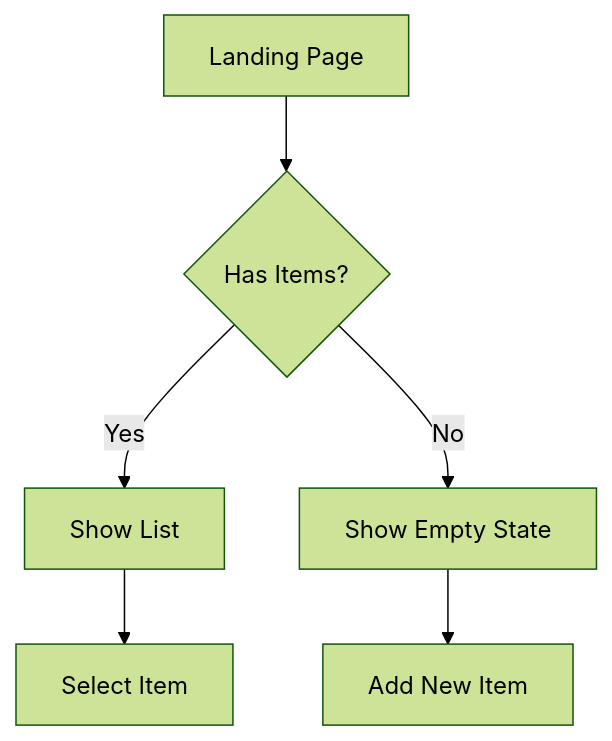
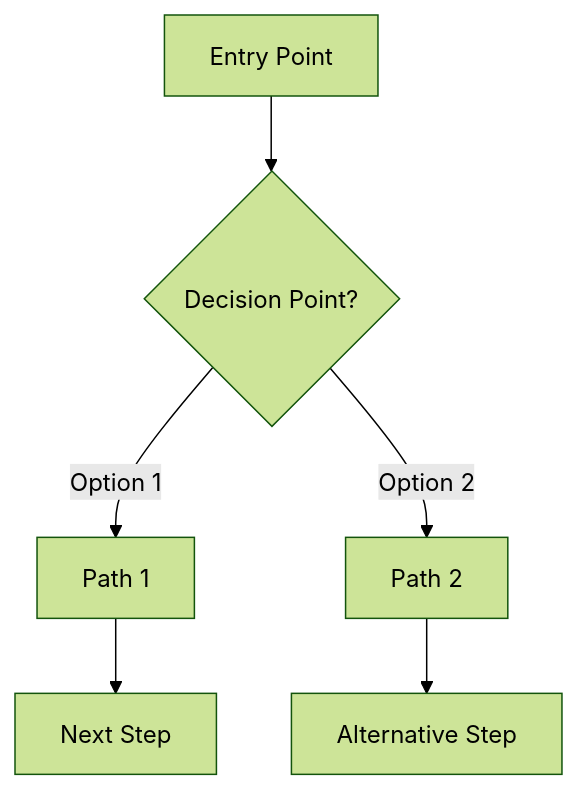
One commit to shynnobi/vpf-todo-app changed the diagram in DEVELOPMENT_PLAN_PROMPT.md. Above: the diagram before and after it, drawn with Mermaid (forest theme). The commit also changed other lines of this file, not shown here.

````diff
--- a/DEVELOPMENT_PLAN_PROMPT.md
+++ b/DEVELOPMENT_PLAN_PROMPT.md
@@ -83,8 +135,8 @@
 ```mermaid
 flowchart TD
-    A[Landing Page] --> B{Has Items?}
-    B -->|Yes| C[Show List]
-    B -->|No| D[Show Empty State]
-    C --> E[Select Item]
-    D --> F[Add New Item]
+    A[Entry Point] --> B{Decision Point?}
+    B -->|Option 1| C[Path 1]
+    B -->|Option 2| D[Path 2]
+    C --> E[Next Step]
+    D --> F[Alternative Step]
 ```
````
